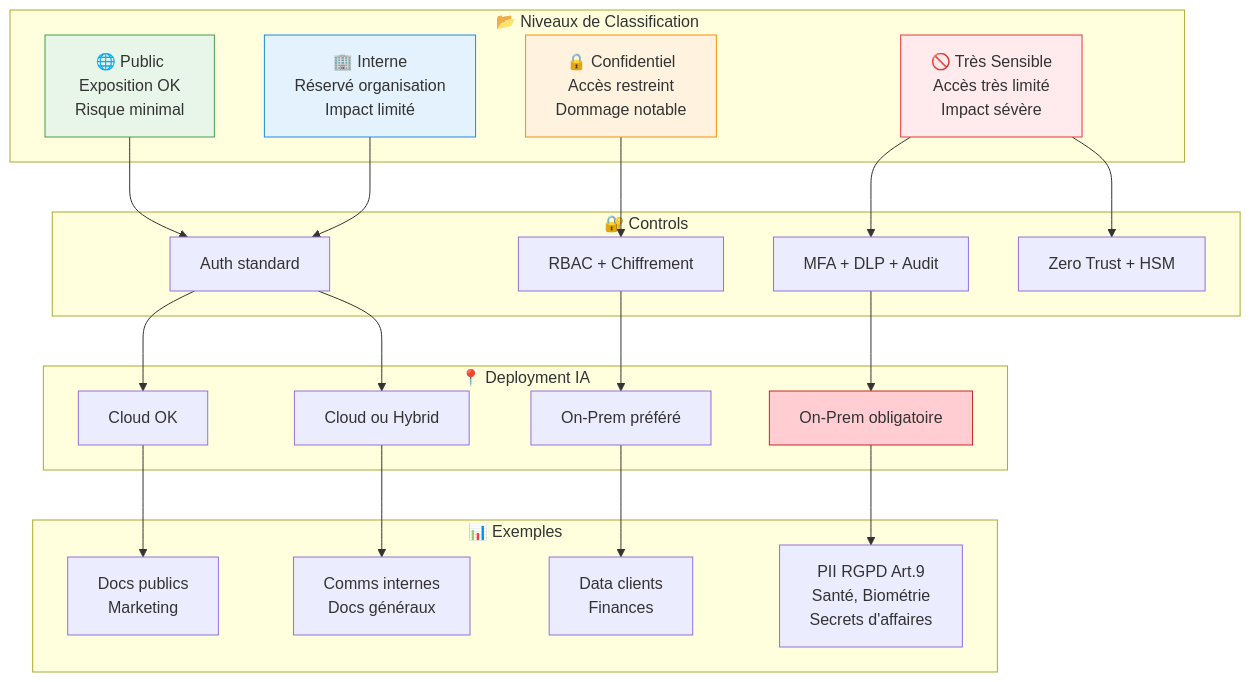
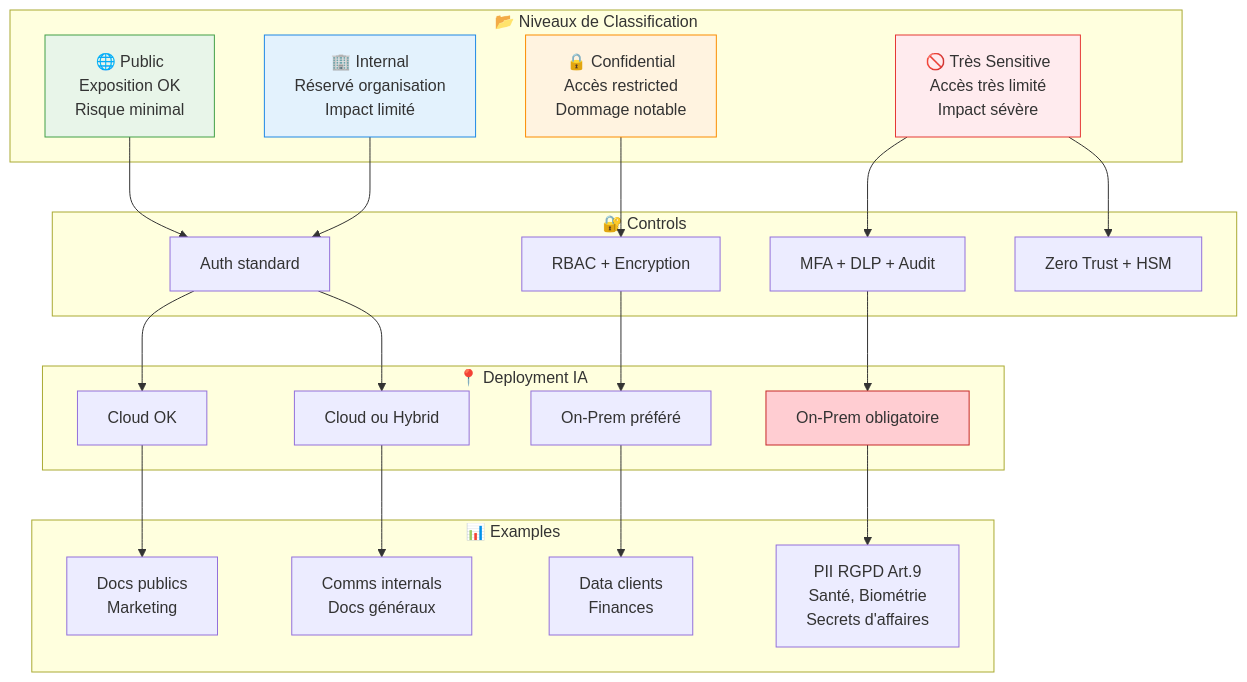
One commit to brunseba/ai-tech-watch changed the diagram in docs/security/data-classification.md. Above: the diagram before and after it, drawn with Mermaid. The commit also changed other lines of this file and 24 other files, not shown here.

````diff
--- a/docs/security/data-classification.md
+++ b/docs/security/data-classification.md
@@ -8,42 +8,42 @@
 ```mermaid
 graph TB
     subgraph Levels["📂 Niveaux de Classification"]
         L1[🌐 Public<br/>Exposition OK<br/>Risque minimal]
-        L2[🏢 Interne<br/>Réservé organisation<br/>Impact limité]
-        L3[🔒 Confidentiel<br/>Accès restreint<br/>Dommage notable]
-        L4[🚫 Très Sensible<br/>Accès très limité<br/>Impact sévère]
+        L2[🏢 Internal<br/>Réservé organisation<br/>Impact limité]
+        L3[🔒 Confidential<br/>Accès restricted<br/>Dommage notable]
+        L4[🚫 Très Sensitive<br/>Accès très limité<br/>Impact sévère]
     end
     
     subgraph Controls["🔐 Controls"]
         C1[Auth standard]
-        C2[RBAC + Chiffrement]
+        C2[RBAC + Encryption]
         C3[MFA + DLP + Audit]
         C4[Zero Trust + HSM]
     end
     
     subgraph Deploy["📍 Deployment IA"]
         D1[Cloud OK]
         D2[Cloud ou Hybrid]
         D3[On-Prem préféré]
         D4[On-Prem obligatoire]
     end
     
-    subgraph Examples["📊 Exemples"]
+    subgraph Examples["📊 Examples"]
         E1[Docs publics<br/>Marketing]
-        E2[Comms internes<br/>Docs généraux]
+        E2[Comms internals<br/>Docs généraux]
         E3[Data clients<br/>Finances]
         E4[PII RGPD Art.9<br/>Santé, Biométrie<br/>Secrets d'affaires]
     end
     
     L1 --> C1 --> D1 --> E1
     L2 --> C1 --> D2 --> E2
     L3 --> C2 --> D3 --> E3
     L4 --> C3 --> D4 --> E4
     L4 --> C4
     
     style L1 fill:#e8f5e9,stroke:#43a047
     style L2 fill:#e3f2fd,stroke:#1e88e5
     style L3 fill:#fff3e0,stroke:#fb8c00
     style L4 fill:#ffebee,stroke:#e53935
     style D4 fill:#ffcdd2,stroke:#c62828
 ```
````
